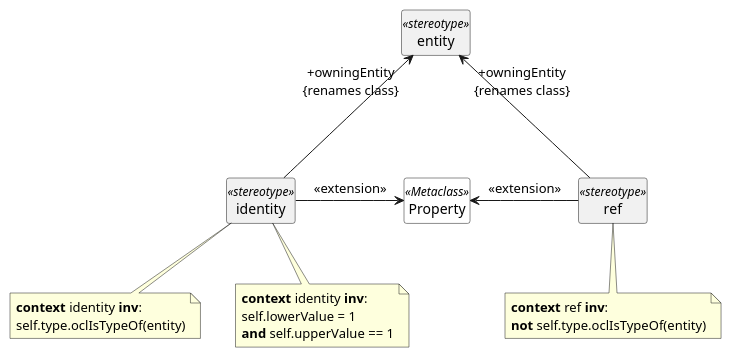
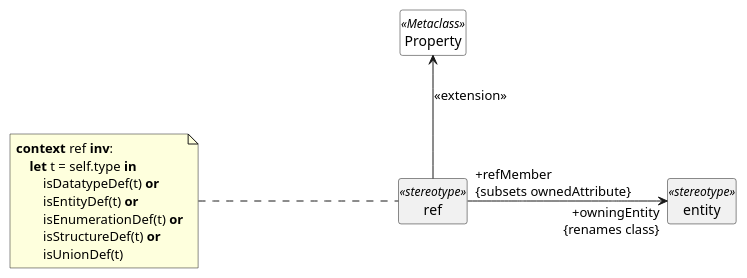
Diagram 12 of 19 in docs/uml-profile.org (sdm-lang/tree-sitter-sdml), drawn with PlantUML before and after one commit. The commit also changed other lines of this file and 25 other files, not shown here.

Commit message:
docs: working on UML profile

```diff
--- a/docs/uml-profile.org
+++ b/docs/uml-profile.org
@@ -183,24 +426,26 @@
-#+BEGIN_SRC plantuml :file uml-profile-entity-members.svg
+#+BEGIN_SRC plantuml :file uml-profile-ref-members.svg
 skinparam backgroundColor transparent
+skinparam style strictuml
+skinparam linetype polyline
+skinparam nodesep 200
+
 hide circle
 hide members
 
 class entity <<stereotype>> {}
 class Property <<Metaclass>> #white {}
-class identity <<stereotype>> {}
-identity -> Property: <<extension>>
-identity --u-> "+owningEntity\n{renames class}" entity
-
-note "**context** identity **inv**:\nself.type.oclIsTypeOf(entity)" as idtynote
-identity .. idtynote
-
-note "**context** identity **inv**:\nself.lowerValue = 1\n**and** self.upperValue == 1" as cardnote
-identity .. cardnote
 
 class ref <<stereotype>> {}
-Property <- ref: <<extension>>
-ref --u-> "+owningEntity\n{renames class}" entity
+ref -up-> Property: <<extension>>
+ref "+refMember\l{subsets ownedAttribute}" --right--> "+owningEntity\r{renames class}" entity
 
-note "**context** ref **inv**:\n**not** self.type.oclIsTypeOf(entity)" as refnote
-ref .. refnote
+note left of ref
+**context** ref **inv**:
+    **let** t = self.type **in**
+        isDatatypeDef(t) **or**
+        isEntityDef(t) **or**
+        isEnumerationDef(t) **or**
+        isStructureDef(t) **or**
+        isUnionDef(t)
+end note
 #+END_SRC
```
